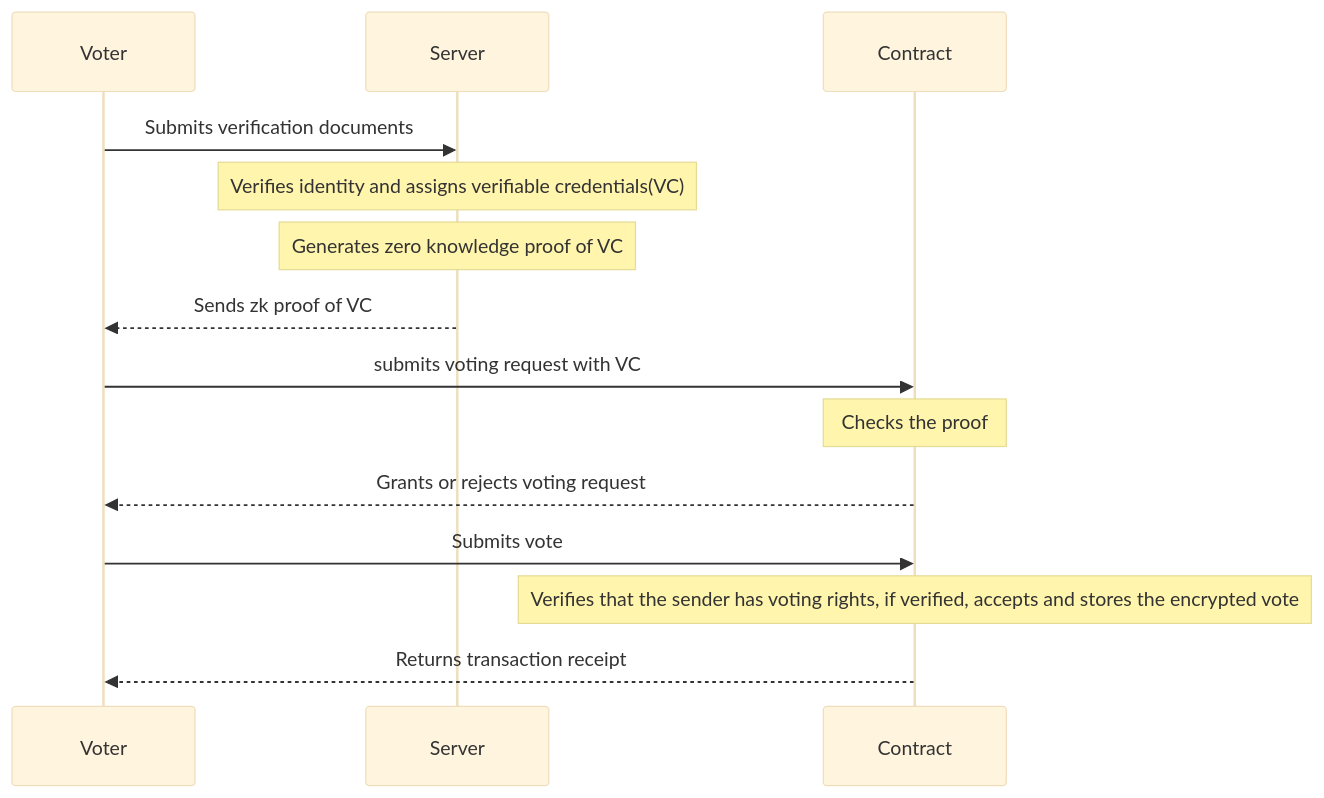
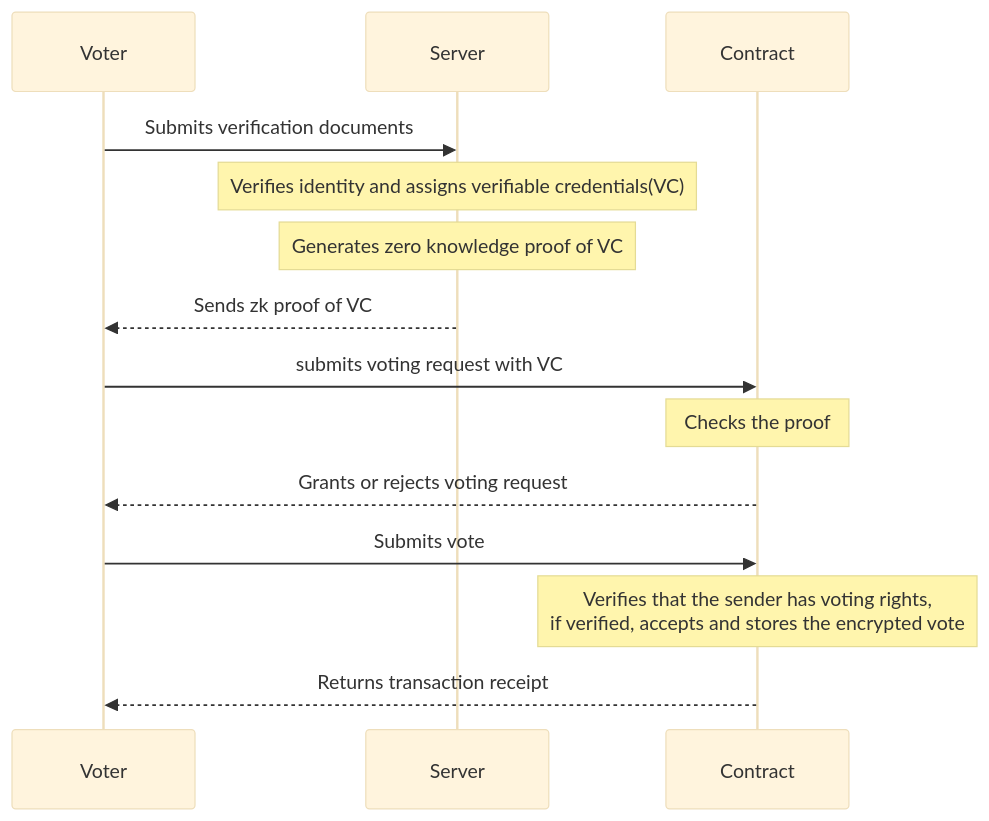
One commit to MogboPython/Elektor changed the diagram in README.md. Above: the diagram before and after it, drawn with Mermaid (base theme).

````diff
--- a/README.md
+++ b/README.md
@@ -22,17 +22,17 @@
 ```mermaid
 sequenceDiagram
     participant Voter
     participant Server
     participant Contract
 
     Voter->>Server: Submits verification documents
     Note over Server: Verifies identity and assigns verifiable credentials(VC)
     Note over Server: Generates zero knowledge proof of VC
     Server-->>Voter: Sends zk proof of VC
     Voter->>Contract: submits voting request with VC
     Note over Contract: Checks the proof
     Contract-->>Voter: Grants or rejects voting request
     Voter->>Contract: Submits vote
-    Note over Contract: Verifies that the sender has voting rights, if verified, accepts and stores the encrypted vote
+    Note over Contract: Verifies that the sender has voting rights,<br/>if verified, accepts and stores the encrypted vote
     Contract-->>Voter: Returns transaction receipt
 ```
````
